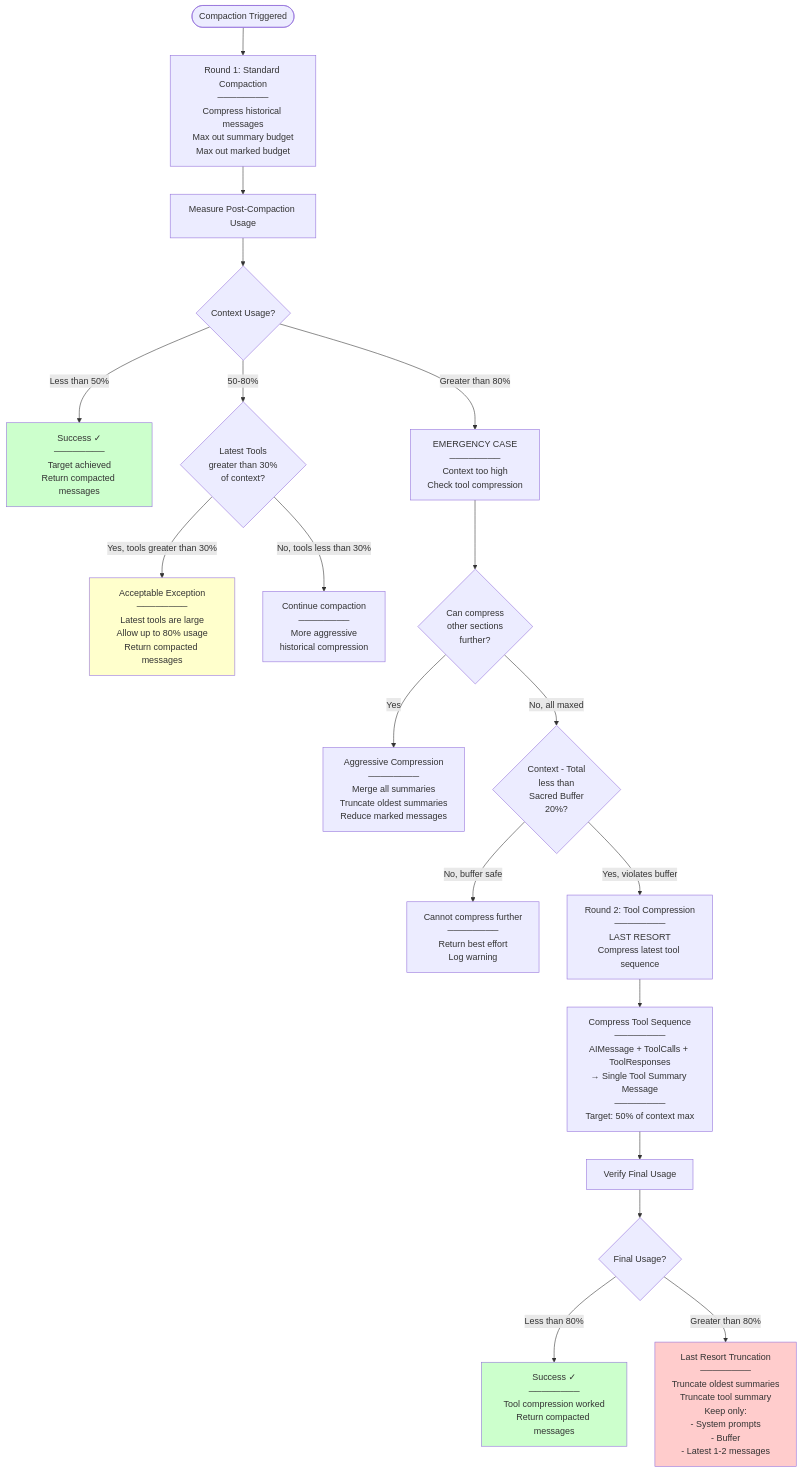
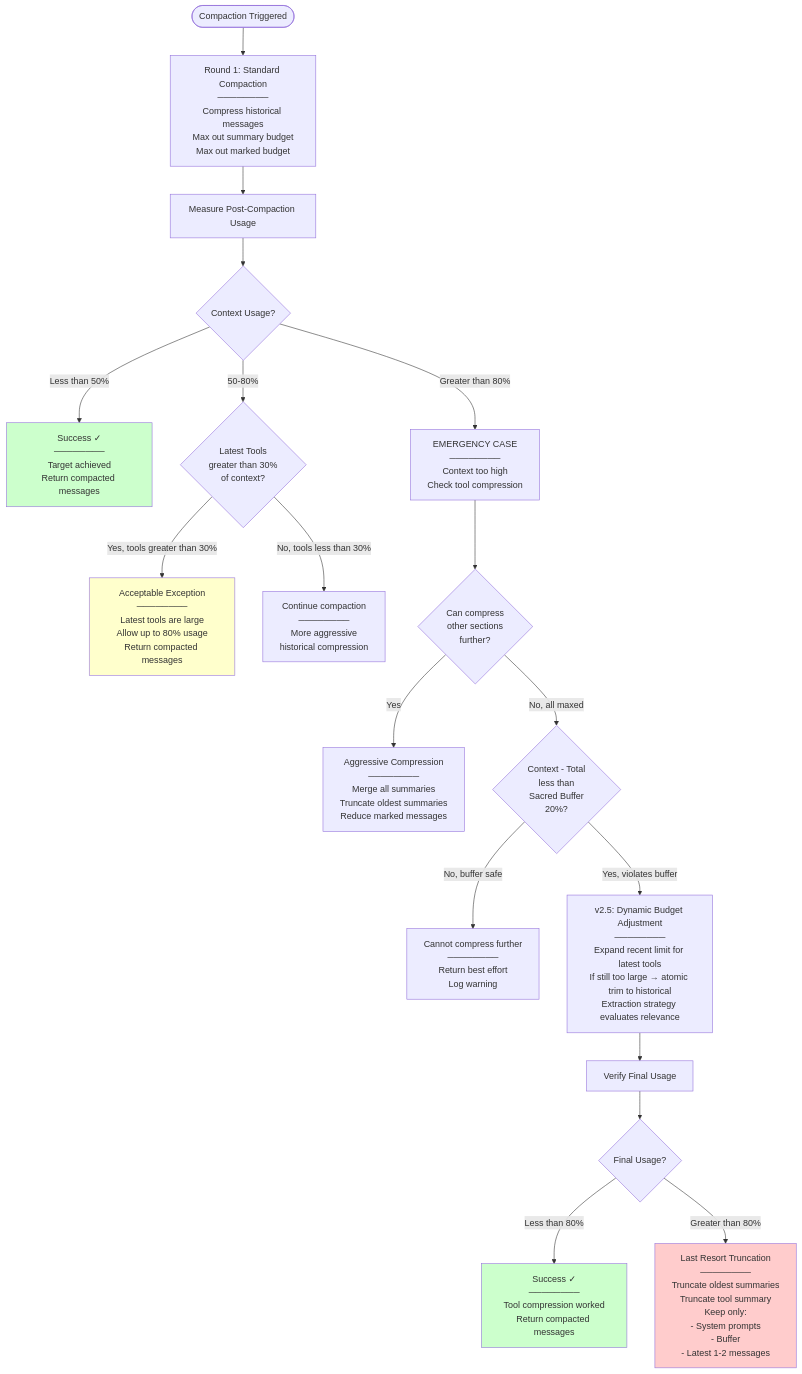
Diagram 25 of 39 in docs/design_docs/workflow_service_docs/technical_design/prompt_compaction/DESIGN_AND_ARCHITECTURE.md (Deepakk681/kiwiq), drawn with Mermaid before and after one commit. The commit also changed other lines of this file and 38 other files, not shown here.

````diff
--- a/docs/design_docs/workflow_service_docs/technical_design/prompt_compaction/DESIGN_AND_ARCHITECTURE.md
+++ b/docs/design_docs/workflow_service_docs/technical_design/prompt_compaction/DESIGN_AND_ARCHITECTURE.md
@@ -1871,45 +1886,43 @@
 ```mermaid
 flowchart TD
     Start([Compaction Triggered])
 
     Start --> Round1[Round 1: Standard Compaction<br/>────────<br/>Compress historical messages<br/>Max out summary budget<br/>Max out marked budget]
 
     Round1 --> Measure[Measure Post-Compaction Usage]
 
     Measure --> Check1{Context Usage?}
 
     Check1 -->|Less than 50%| Success[Success ✓<br/>────────<br/>Target achieved<br/>Return compacted messages]
 
     Check1 -->|50-80%| CheckTools{Latest Tools<br/>greater than 30%<br/>of context?}
 
     Check1 -->|Greater than 80%| Emergency[EMERGENCY CASE<br/>────────<br/>Context too high<br/>Check tool compression]
 
     CheckTools -->|Yes, tools greater than 30%| Acceptable[Acceptable Exception<br/>────────<br/>Latest tools are large<br/>Allow up to 80% usage<br/>Return compacted messages]
 
     CheckTools -->|No, tools less than 30%| Continue[Continue compaction<br/>────────<br/>More aggressive<br/>historical compression]
 
     Emergency --> CanCompress{Can compress<br/>other sections<br/>further?}
 
     CanCompress -->|Yes| AggressiveComp[Aggressive Compression<br/>────────<br/>Merge all summaries<br/>Truncate oldest summaries<br/>Reduce marked messages]
 
     CanCompress -->|No, all maxed| CheckSacred{Context - Total<br/>less than<br/>Sacred Buffer<br/>20%?}
 
     CheckSacred -->|No, buffer safe| Fail[Cannot compress further<br/>────────<br/>Return best effort<br/>Log warning]
 
-    CheckSacred -->|Yes, violates buffer| Round2[Round 2: Tool Compression<br/>────────<br/>LAST RESORT<br/>Compress latest tool sequence]
+    CheckSacred -->|Yes, violates buffer| DynamicBudget[v2.5: Dynamic Budget Adjustment<br/>────────<br/>Expand recent limit for latest tools<br/>If still too large → atomic trim to historical<br/>Extraction strategy evaluates relevance]
 
-    Round2 --> CompressTools[Compress Tool Sequence<br/>────────<br/>AIMessage + ToolCalls + ToolResponses<br/>→ Single Tool Summary Message<br/>────────<br/>Target: 50% of context max]
-
-    CompressTools --> Verify[Verify Final Usage]
+    DynamicBudget --> Verify[Verify Final Usage]
 
     Verify --> Final{Final Usage?}
 
     Final -->|Less than 80%| FinalSuccess[Success ✓<br/>────────<br/>Tool compression worked<br/>Return compacted messages]
 
     Final -->|Greater than 80%| LastResort[Last Resort Truncation<br/>────────<br/>Truncate oldest summaries<br/>Truncate tool summary<br/>Keep only:<br/>- System prompts<br/>- Buffer<br/>- Latest 1-2 messages]
 
     style Success fill:#ccffcc
     style Acceptable fill:#ffffcc
     style FinalSuccess fill:#ccffcc
     style LastResort fill:#ffcccc
 ```
````
